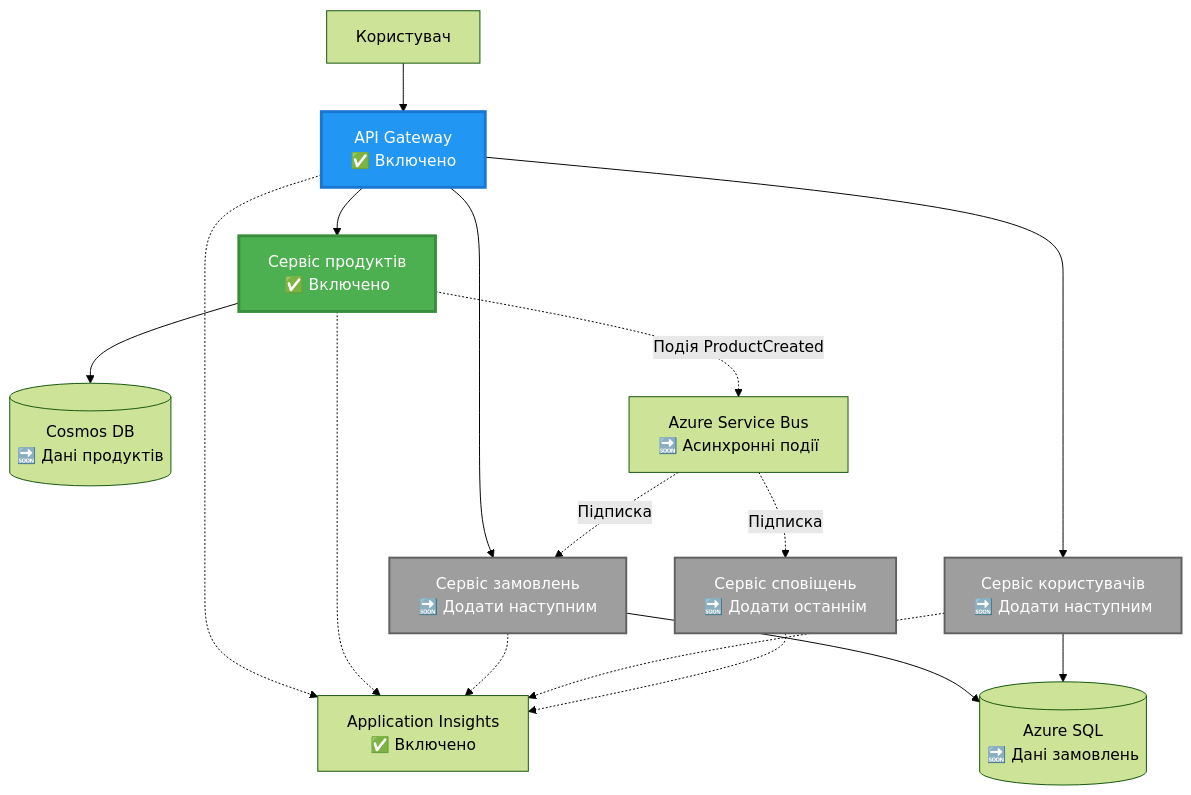
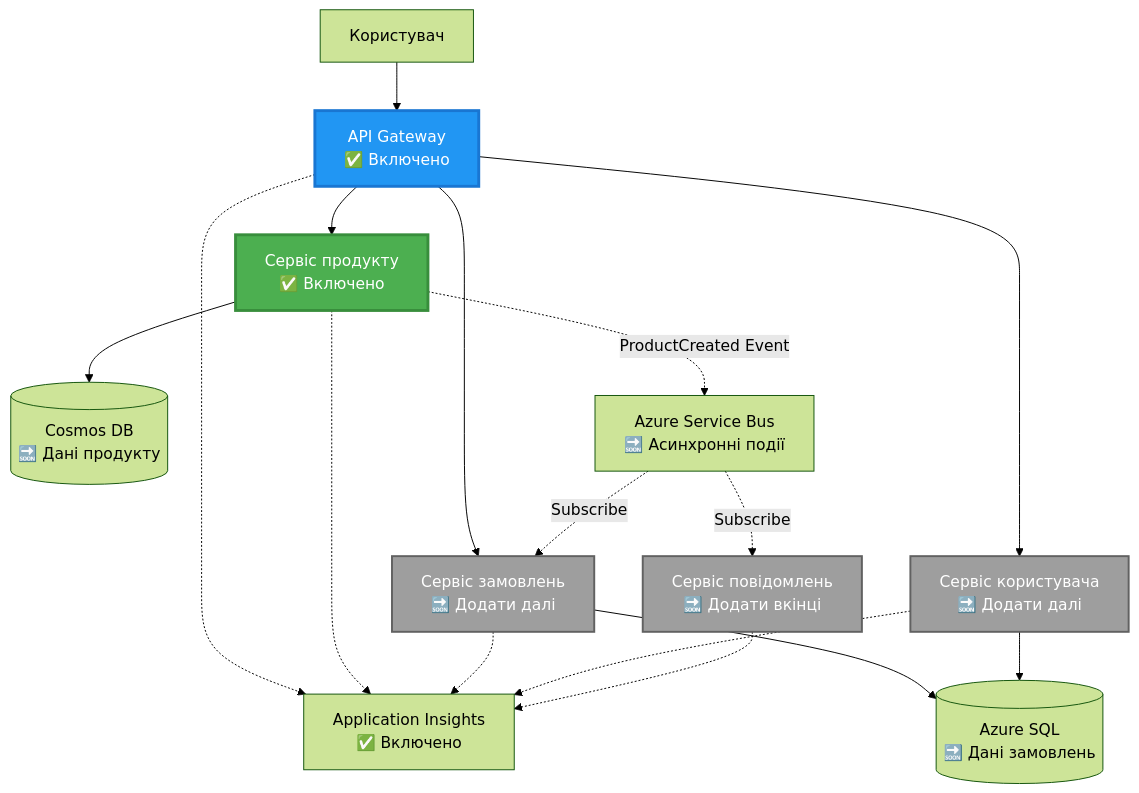
One commit to microsoft/AZD-for-beginners changed the second of 4 diagrams in translations/uk/examples/microservices/README.md. Above: the diagram before and after it, drawn with Mermaid (forest theme). The commit also changed other lines of this file and 242 other files, not shown here.

````diff
--- a/translations/uk/examples/microservices/README.md
+++ b/translations/uk/examples/microservices/README.md
@@ -78,39 +69,39 @@
 ```mermaid
 graph TB
     User[Користувач]
     Gateway[API Gateway<br/>✅ Включено]
-    Product[Сервіс продуктів<br/>✅ Включено]
-    Order[Сервіс замовлень<br/>🔜 Додати наступним]
-    UserSvc[Сервіс користувачів<br/>🔜 Додати наступним]
-    Notify[Сервіс сповіщень<br/>🔜 Додати останнім]
+    Product[Сервіс продукту<br/>✅ Включено]
+    Order[Сервіс замовлень<br/>🔜 Додати далі]
+    UserSvc[Сервіс користувача<br/>🔜 Додати далі]
+    Notify[Сервіс повідомлень<br/>🔜 Додати вкінці]
     
-    CosmosDB[(Cosmos DB<br/>🔜 Дані продуктів)]
+    CosmosDB[(Cosmos DB<br/>🔜 Дані продукту)]
     AzureSQL[(Azure SQL<br/>🔜 Дані замовлень)]
     ServiceBus[Azure Service Bus<br/>🔜 Асинхронні події]
     AppInsights[Application Insights<br/>✅ Включено]
     
     User --> Gateway
     Gateway --> Product
     Gateway --> Order
     Gateway --> UserSvc
     
     Product --> CosmosDB
     Order --> AzureSQL
     UserSvc --> AzureSQL
     
-    Product -.->|Подія ProductCreated| ServiceBus
-    ServiceBus -.->|Підписка| Notify
-    ServiceBus -.->|Підписка| Order
+    Product -.->|ProductCreated Event| ServiceBus
+    ServiceBus -.->|Subscribe| Notify
+    ServiceBus -.->|Subscribe| Order
     
     Gateway -.-> AppInsights
     Product -.-> AppInsights
     Order -.-> AppInsights
     UserSvc -.-> AppInsights
     Notify -.-> AppInsights
     
     style Product fill:#4CAF50,stroke:#388E3C,stroke-width:3px,color:#fff
     style Gateway fill:#2196F3,stroke:#1976D2,stroke-width:3px,color:#fff
     style Order fill:#9E9E9E,stroke:#616161,stroke-width:2px,color:#fff
     style UserSvc fill:#9E9E9E,stroke:#616161,stroke-width:2px,color:#fff
     style Notify fill:#9E9E9E,stroke:#616161,stroke-width:2px,color:#fff
-```
+```  
````
